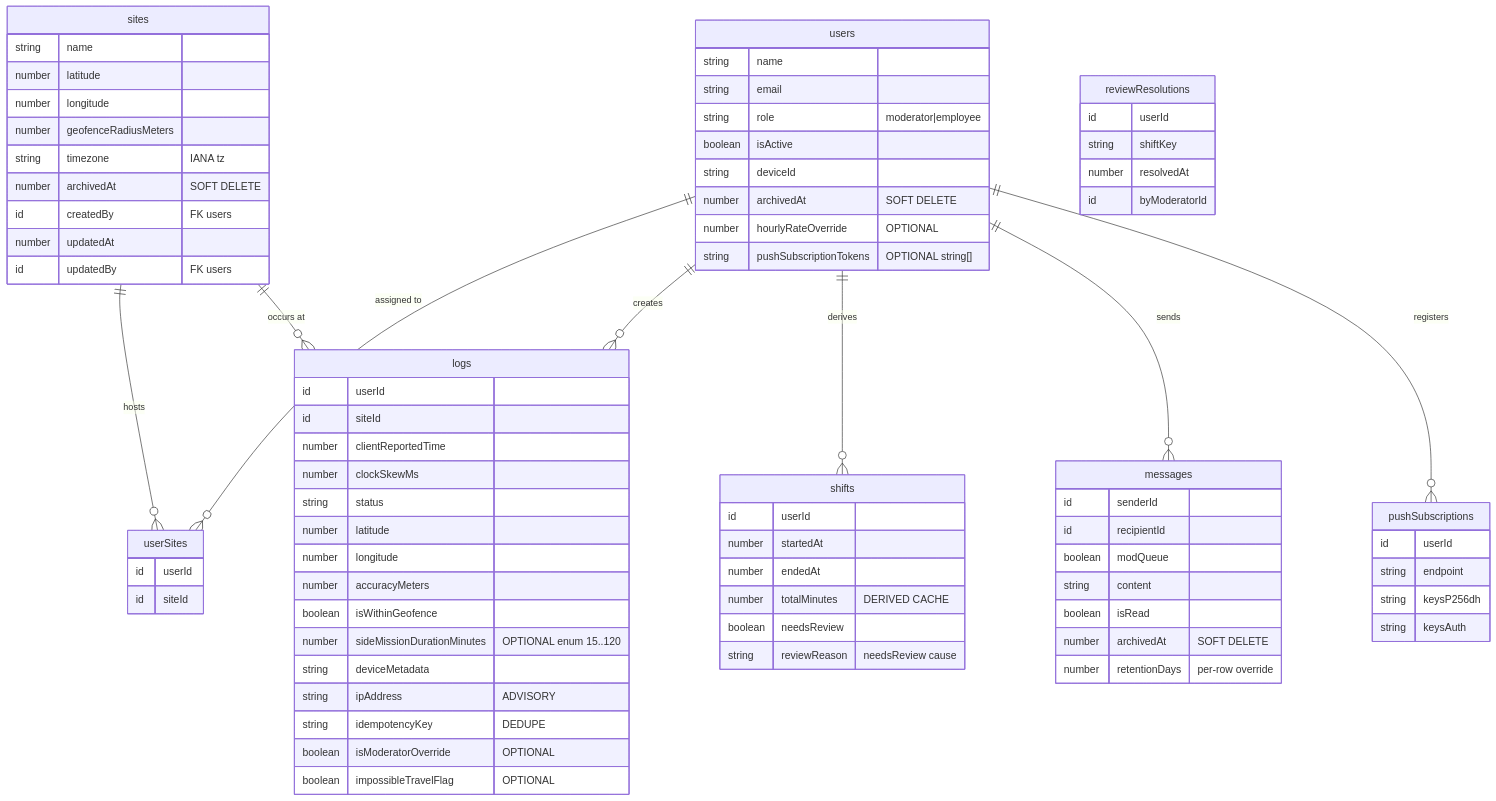
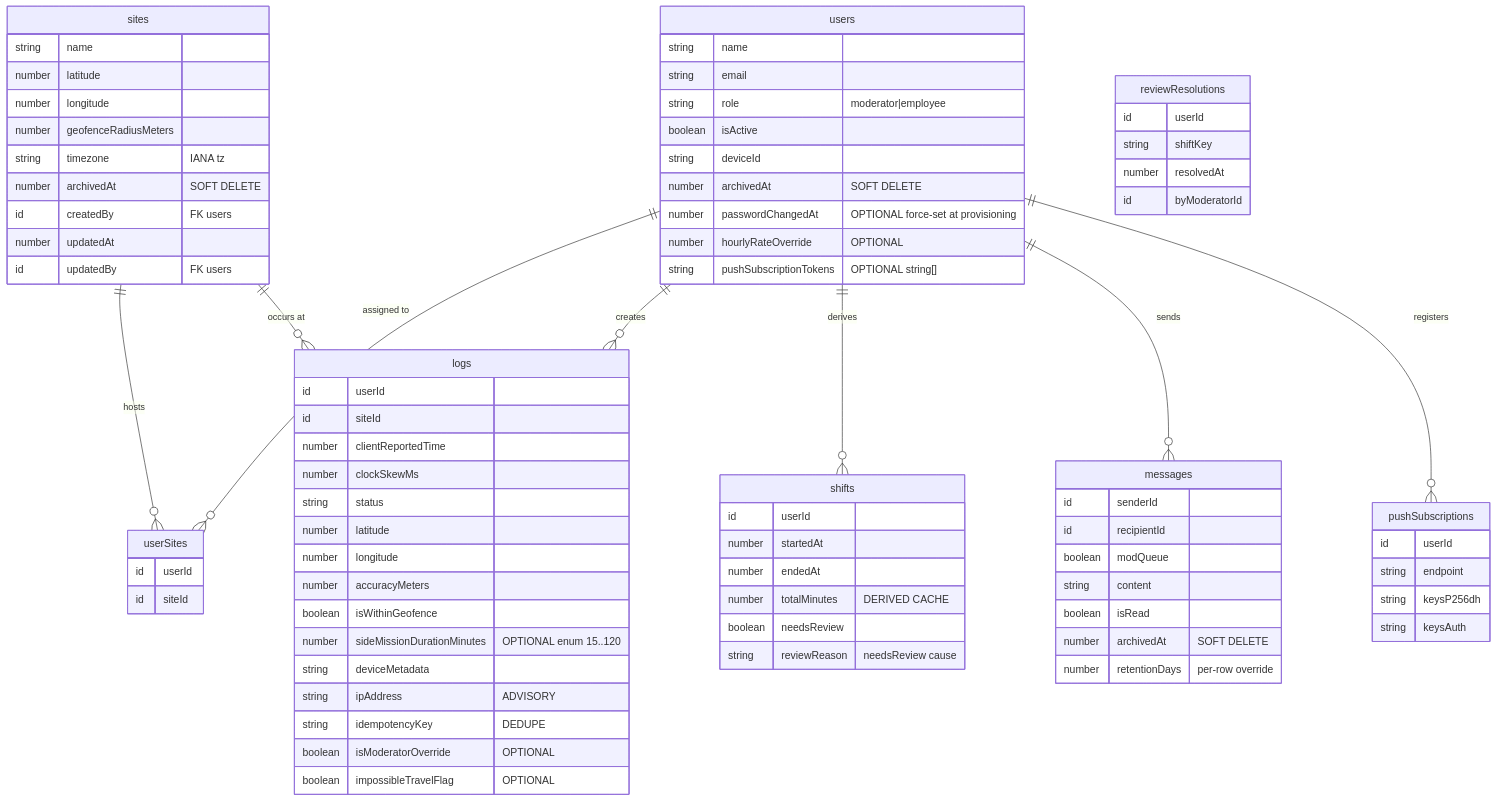
Before and after one commit to TeacherEvan/J-pay: the second of 5 diagrams in j-pay.md, drawn with Mermaid. The commit also changed other lines of this file and 4 other files, not shown here.

```diff
--- a/j-pay.md
+++ b/j-pay.md
@@ -356,6 +357,7 @@
         boolean isActive
         string deviceId
         number archivedAt "SOFT DELETE"
+        number passwordChangedAt "OPTIONAL force-set at provisioning"
         number hourlyRateOverride "OPTIONAL"
         string pushSubscriptionTokens "OPTIONAL string[]"
     }
```
